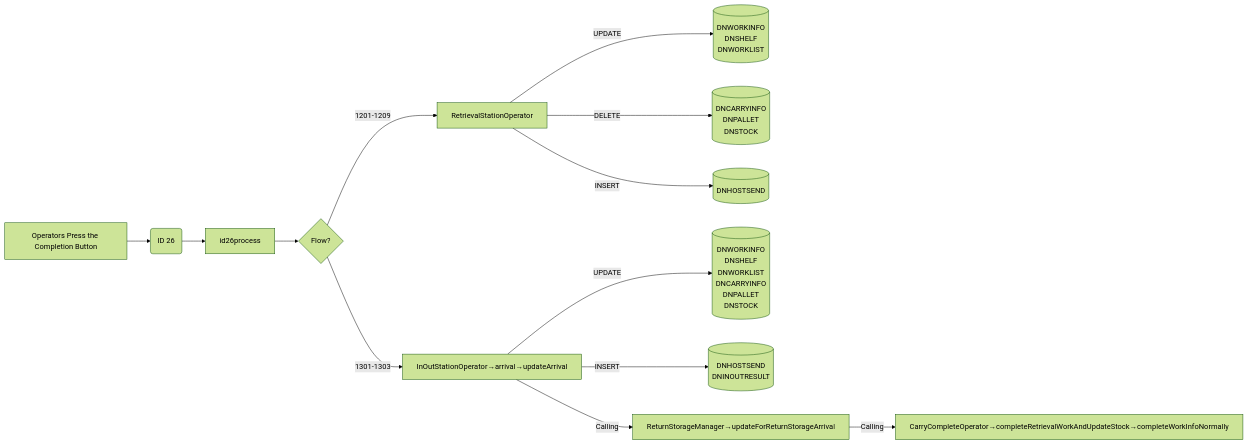
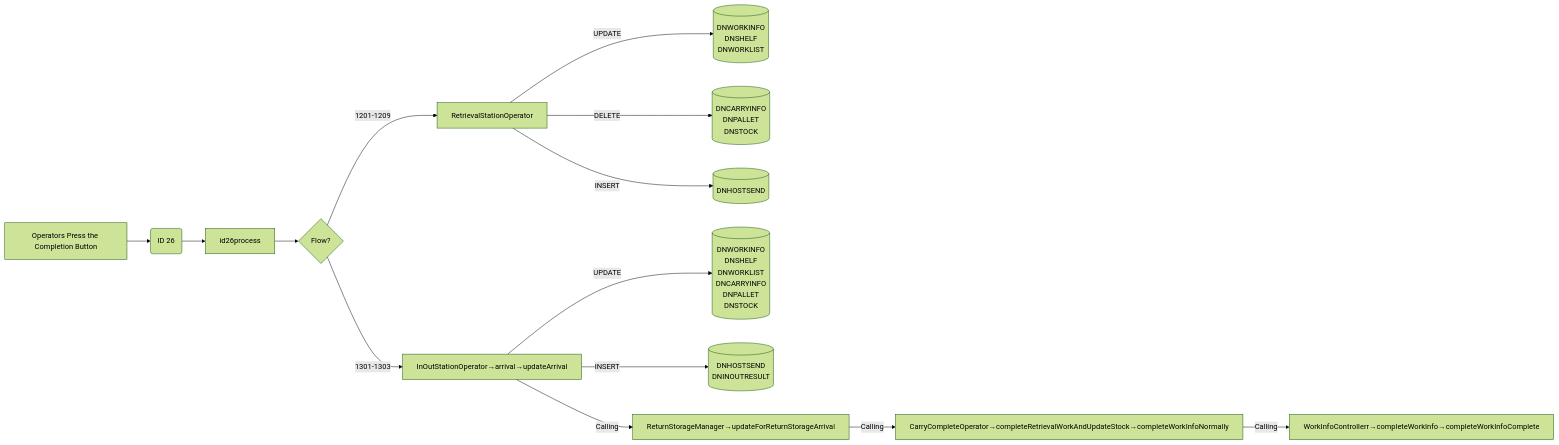
One commit to luthfiadityaa/SimeDarby-Wiki changed diagram 19 of 19 in Basic-Design/DFD-WMS/Retrieval/Specific-Location-Retrieval-Setting.md. Above: the diagram before and after it, drawn with Mermaid (forest theme).

Commit message:
Updated Specific Location Retrieval Setting

```diff
--- a/Basic-Design/DFD-WMS/Retrieval/Specific-Location-Retrieval-Setting.md
+++ b/Basic-Design/DFD-WMS/Retrieval/Specific-Location-Retrieval-Setting.md
@@ -836,60 +836,61 @@
 ::: mermaid
 flowchart LR
 
 buttonclicked["
 Operators Press the Completion Button
 "]
 
 id26msg("
 ID 26
 ")
 
 
 id26-updateRt[("
 DNWORKINFO
 DNSHELF
 DNWORKLIST
 ")]
 
 id26-deleteRt[("
 DNCARRYINFO
 DNPALLET
 DNSTOCK
 ")]
 
 id26-insertRt[("
 DNHOSTSEND
 ")]
 
 id26-updateIo[("
 DNWORKINFO
 DNSHELF
 DNWORKLIST
 DNCARRYINFO
 DNPALLET
 DNSTOCK
 ")]
 
 id26-insertIo[("
 DNHOSTSEND
 DNINOUTRESULT
 ")]
 
 id26process[id26process]
 
 buttonclicked --> id26msg
 id26msg -->id26process-->Cond1{Flow?}
 
 RetrievalStationOperator--> |INSERT| id26-insertRt 
 RetrievalStationOperator--> |UPDATE| id26-updateRt 
 RetrievalStationOperator--> |DELETE| id26-deleteRt 
 
 Cond1{Flow?} --> |1201-1209| RetrievalStationOperator
 Cond1{Flow?} --> |1301-1303| P2[InOutStationOperator→arrival→updateArrival]
 
 P2 --> |Calling| P3[ReturnStorageManager→updateForReturnStorageArrival]
 P3 --> |Calling| P4[CarryCompleteOperator→completeRetrievalWorkAndUpdateStock→completeWorkInfoNormally]
+P4 --> |Calling| P5[WorkInfoControllerr→completeWorkInfo→completeWorkInfoComplete]
 P2 --> |INSERT| id26-insertIo
 P2 --> |UPDATE| id26-updateIo
 
 :::
```
